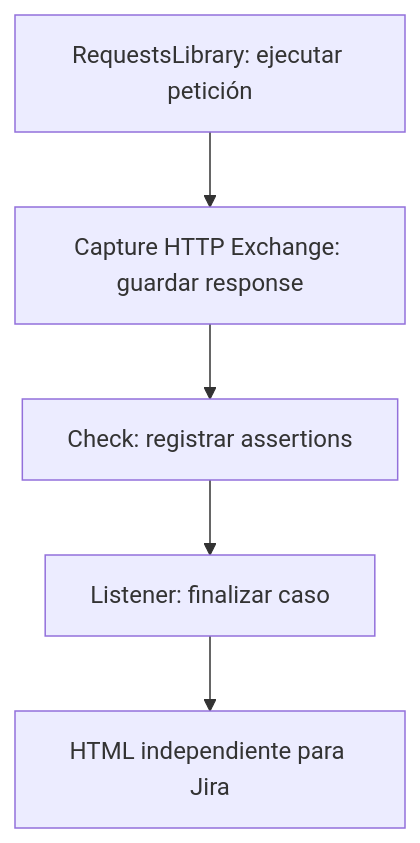
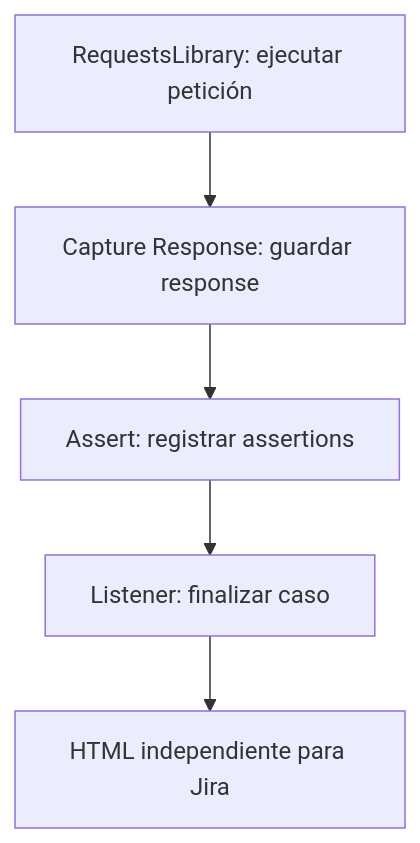
Before and after one commit to angel-valdezzz/robotframework-api-case-reporter: the diagram in docs/index.md, drawn with Mermaid. The commit also changed other lines of this file and 29 other files, not shown here.

Commit message:
Migrate to RequestReporter with response capture, assertions and query params

````diff
--- a/docs/index.md
+++ b/docs/index.md
@@ -28,7 +28,7 @@
 ```mermaid
 flowchart TD
-    A[RequestsLibrary: ejecutar petición] --> B[Capture HTTP Exchange: guardar response]
-    B --> C[Check: registrar assertions]
+    A[RequestsLibrary: ejecutar petición] --> B[Capture Response: guardar response]
+    B --> C[Assert: registrar assertions]
     C --> D[Listener: finalizar caso]
     D --> E[HTML independiente para Jira]
 ```
````
